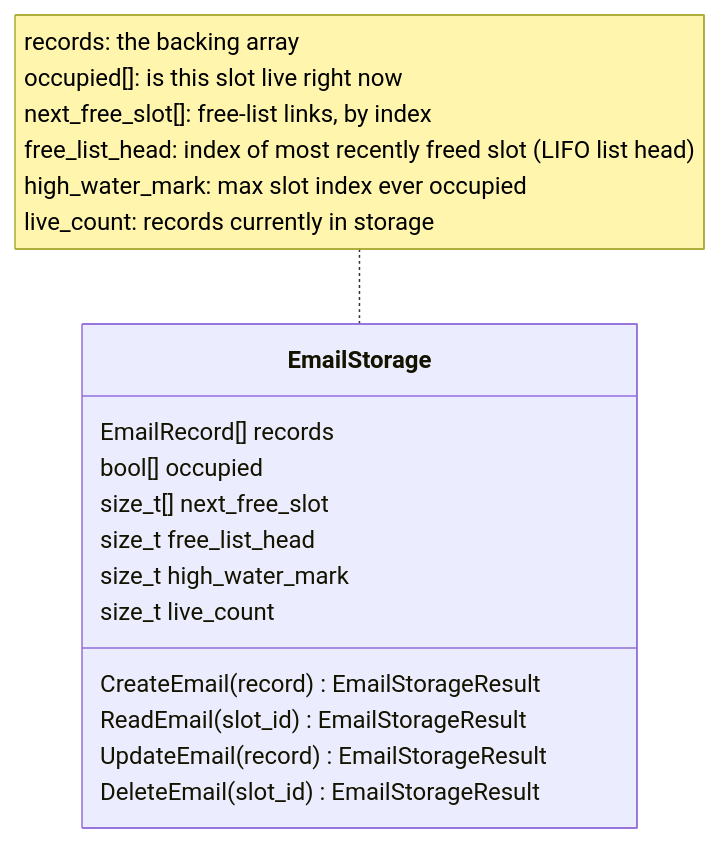
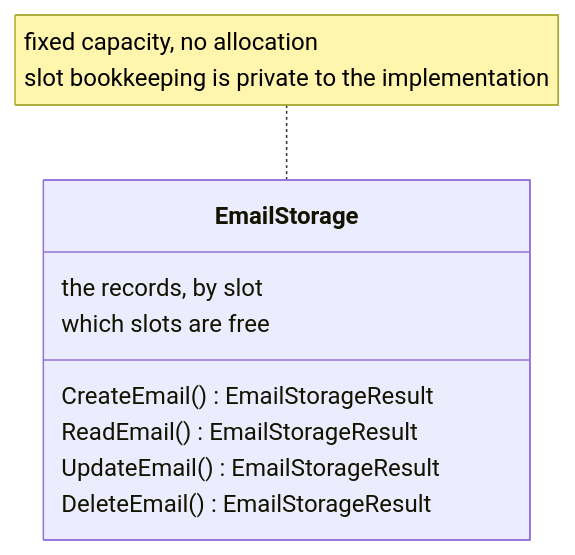
The fourth of 5 diagrams in tribute_to_tony/general_design.md (DBJARH/DBJ_CODING_SKILLS), drawn with Mermaid before and after one commit. The commit also changed other lines of this file and 4 other files, not shown here.

````diff
--- a/tribute_to_tony/general_design.md
+++ b/tribute_to_tony/general_design.md
@@ -126,16 +154,12 @@
 ```mermaid
 classDiagram
     class EmailStorage {
-        EmailRecord[] records
-        bool[] occupied
-        size_t[] next_free_slot
-        size_t free_list_head
-        size_t high_water_mark
-        size_t live_count
-        CreateEmail(record) EmailStorageResult
-        ReadEmail(slot_id) EmailStorageResult
-        UpdateEmail(record) EmailStorageResult
-        DeleteEmail(slot_id) EmailStorageResult
+        the records, by slot
+        which slots are free
+        CreateEmail() EmailStorageResult
+        ReadEmail() EmailStorageResult
+        UpdateEmail() EmailStorageResult
+        DeleteEmail() EmailStorageResult
     }
-    note for EmailStorage "records: the backing array<br>occupied[]: is this slot live right now<br>next_free_slot[]: free-list links, by index<br>free_list_head: index of most recently freed slot (LIFO list head)<br>high_water_mark: max slot index ever occupied<br>live_count: records currently in storage"
+    note for EmailStorage "fixed capacity, no allocation<br>slot bookkeeping is private to the implementation"
 ```
````
